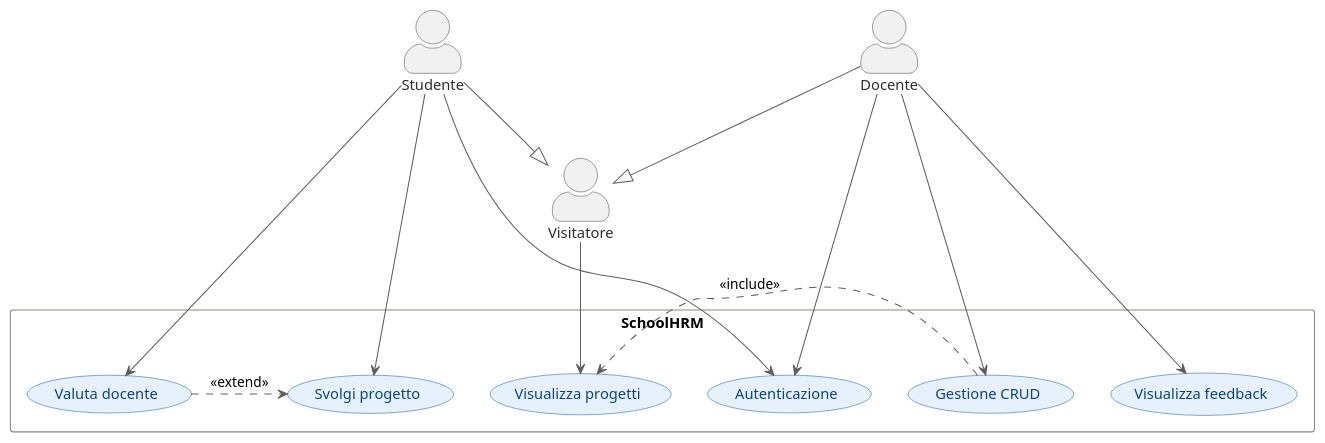
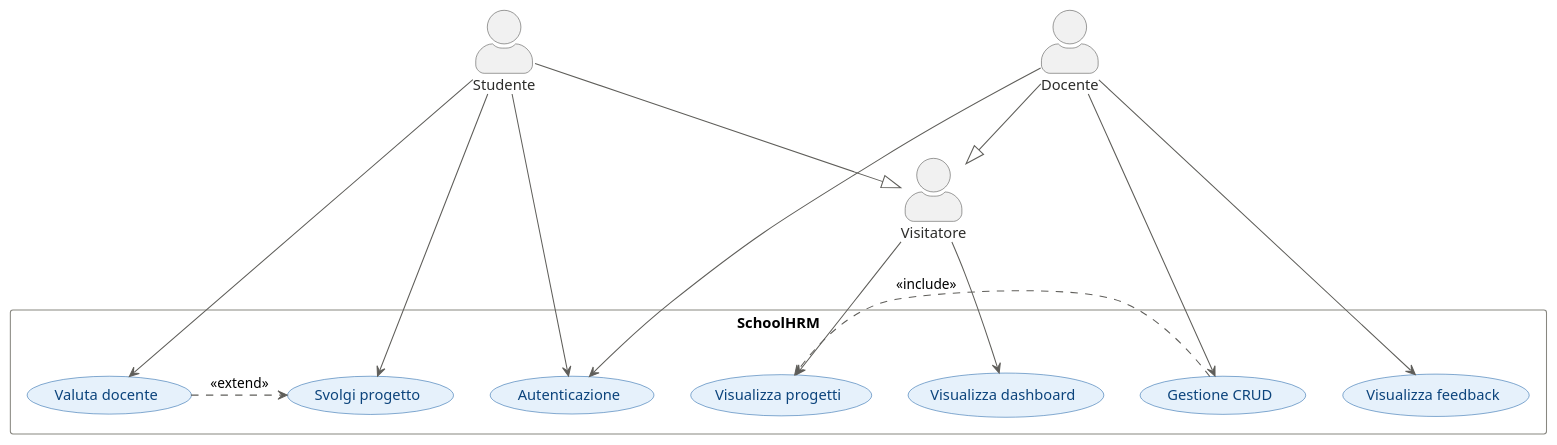
The diagram in usecase.puml (KamilIbragimov/Progetto_Di_Fine_Anno-2026), drawn with PlantUML before and after one commit.

```diff
--- a/usecase.puml
+++ b/usecase.puml
@@ -1,43 +1,45 @@
 @startuml SchoolHRM_UseCase
 
 skinparam actorStyle awesome
 skinparam packageStyle rectangle
 skinparam usecaseBorderColor #185FA5
 skinparam usecaseBackgroundColor #E6F1FB
 skinparam usecaseFontColor #0C447C
 skinparam actorBorderColor #444441
 skinparam actorFontColor #2C2C2A
 skinparam packageBorderColor #888780
 skinparam packageFontColor #444441
 skinparam ArrowColor #5F5E5A
 
 actor "Visitatore" as Visitatore
 actor "Studente"   as Studente
 actor "Docente"    as Docente
 
 Studente --|> Visitatore
 Docente  --|> Visitatore
 
 package "SchoolHRM" {
   usecase "Visualizza progetti"    as UC03
+  usecase "Visualizza dashboard"   as UC08
   usecase "Autenticazione"         as UC_auth
   usecase "Gestione CRUD"          as UC04
   usecase "Visualizza feedback"    as UC07
   usecase "Svolgi progetto"        as UC05
   usecase "Valuta docente"         as UC06
 }
 
 Visitatore --> UC03
+Visitatore --> UC08
 
 Studente   --> UC_auth
 Studente   --> UC05
 Studente   --> UC06
 
 Docente    --> UC_auth
 Docente    --> UC04
 Docente    --> UC07
 
 UC04 .> UC03 : <<include>>
 UC06 .> UC05 : <<extend>>
 
 @enduml
```
